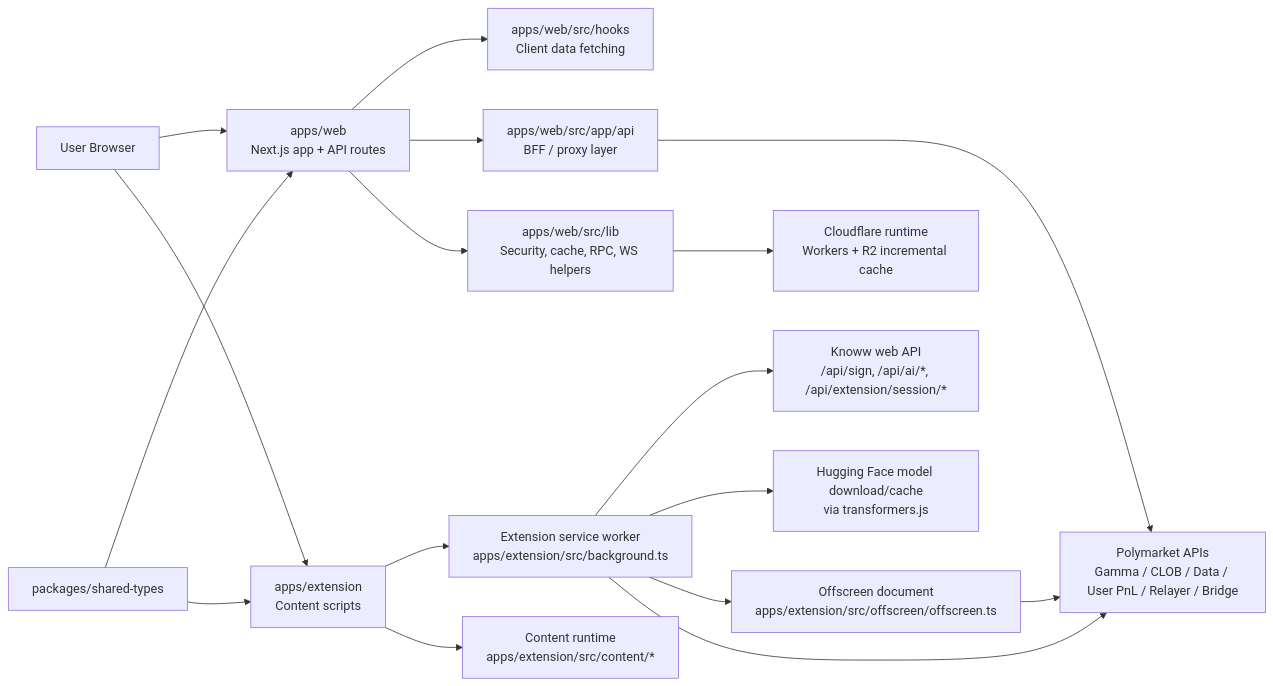
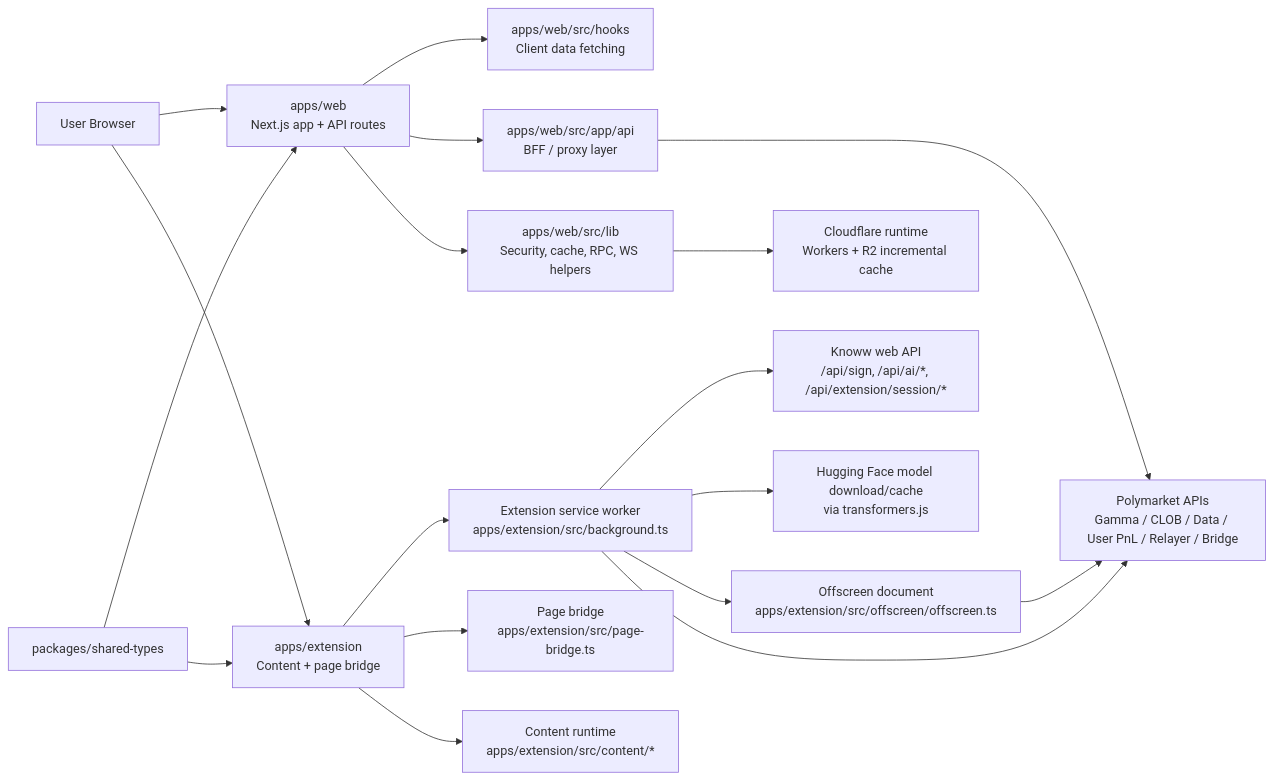
The first of 4 diagrams in docs/ARCHITECTURE.md (metatxn/Polycaster), drawn with Mermaid before and after one commit. The commit also changed other lines of this file and 1 other file, not shown here.

````diff
--- a/docs/ARCHITECTURE.md
+++ b/docs/ARCHITECTURE.md
@@ -41,23 +41,24 @@
 ```mermaid
 flowchart LR
     U["User Browser"] --> W["apps/web\nNext.js app + API routes"]
-    U --> E["apps/extension\nContent scripts"]
+    U --> E["apps/extension\nContent + page bridge"]
 
     W --> H["apps/web/src/hooks\nClient data fetching"]
     W --> A["apps/web/src/app/api\nBFF / proxy layer"]
     W --> L["apps/web/src/lib\nSecurity, cache, RPC, WS helpers"]
 
     E --> BG["Extension service worker\napps/extension/src/background.ts"]
+    E --> PB["Page bridge\napps/extension/src/page-bridge.ts"]
     BG --> OF["Offscreen document\napps/extension/src/offscreen/offscreen.ts"]
     E --> EC["Content runtime\napps/extension/src/content/*"]
 
     A --> P["Polymarket APIs\nGamma / CLOB / Data / User PnL / Relayer / Bridge"]
     L --> CF["Cloudflare runtime\nWorkers + R2 incremental cache"]
     OF --> P
     BG --> K["Knoww web API\n/api/sign, /api/ai/*, /api/extension/session/*"]
     BG --> P
     BG --> HF["Hugging Face model download/cache\nvia transformers.js"]
 
     S["packages/shared-types"] --> W
     S --> E
 ```
````
